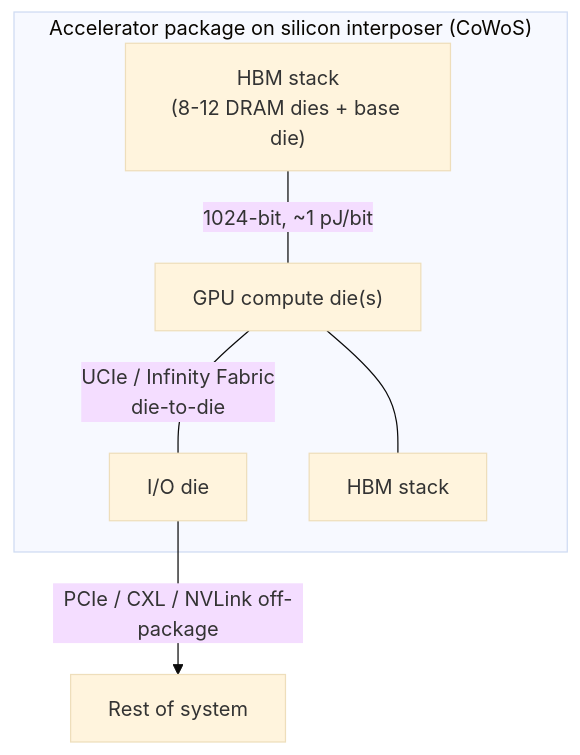
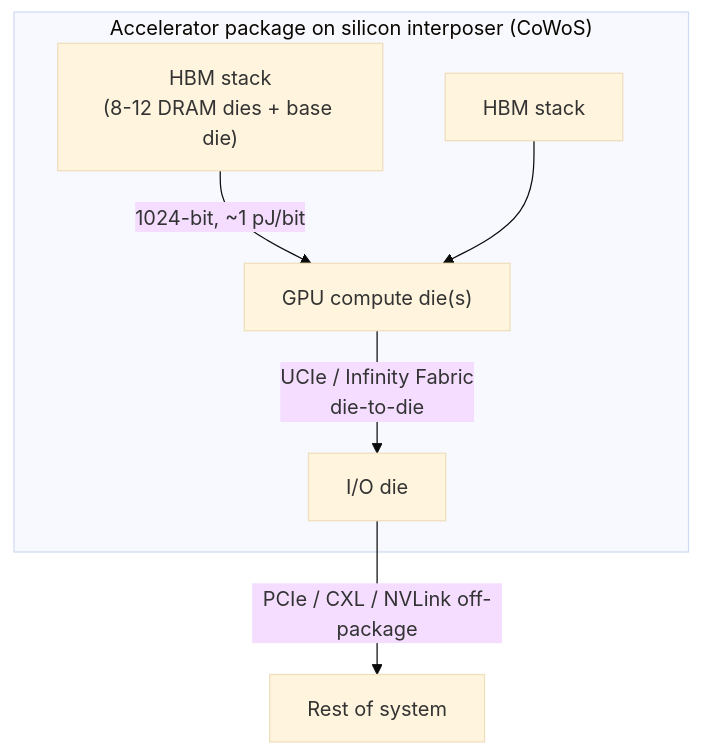
The diagram in 05_ucie_and_die_to_die_interconnects.md (FrankHuang94/datacenter_networking_claude), drawn with Mermaid (base theme) before and after one commit. The commit also changed 4 other files, not shown here.

First line of the commit message:
Harden Mermaid edge-label syntax for reliable GitHub rendering

````diff
--- a/05_ucie_and_die_to_die_interconnects.md
+++ b/05_ucie_and_die_to_die_interconnects.md
@@ -11,9 +11,9 @@
 ```mermaid
 flowchart TB
   subgraph PKG["Accelerator package on silicon interposer (CoWoS)"]
-    HBM1["HBM stack<br/>(8-12 DRAM dies + base die)"] ---|"1024-bit, ~1 pJ/bit"| GPU["GPU compute die(s)"]
-    GPU ---|"UCIe / Infinity Fabric<br/>die-to-die"| IOD["I/O die"]
-    GPU --- HBM2["HBM stack"]
+    HBM1["HBM stack<br/>(8-12 DRAM dies + base die)"] -->|"1024-bit, ~1 pJ/bit"| GPU["GPU compute die(s)"]
+    GPU -->|"UCIe / Infinity Fabric<br/>die-to-die"| IOD["I/O die"]
+    HBM2["HBM stack"] --> GPU
   end
   IOD -->|"PCIe / CXL / NVLink off-package"| World["Rest of system"]
 ```
````
